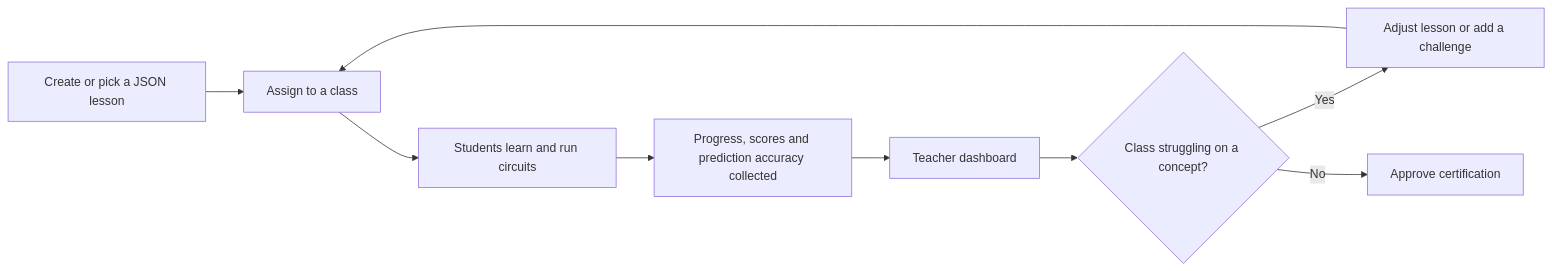
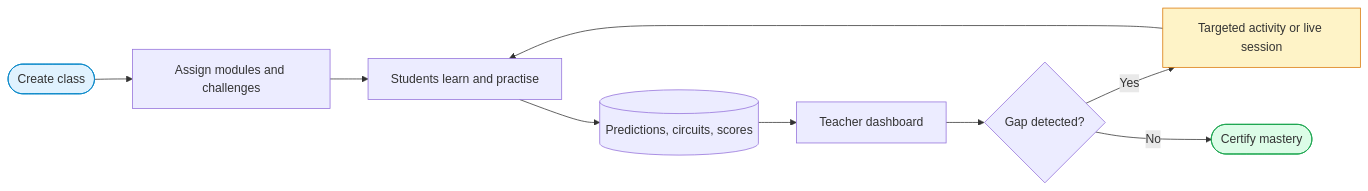
The second of 18 diagrams in README.md (aaruhyakumar2006/Qualution-), drawn with Mermaid before and after one commit. The commit also changed other lines of this file, not shown here.

````diff
--- a/README.md
+++ b/README.md
@@ -179,11 +146,15 @@
 ```mermaid
 flowchart LR
-    A["Create or pick a JSON lesson"] --> B["Assign to a class"]
-    B --> C["Students learn and run circuits"]
-    C --> D["Progress, scores and prediction accuracy collected"]
-    D --> E["Teacher dashboard"]
-    E --> F{"Class struggling on a concept?"}
-    F -- "Yes" --> G["Adjust lesson or add a challenge"]
-    G --> B
-    F -- "No" --> H["Approve certification"]
+    A([Create class]) --> B[Assign modules and challenges]
+    B --> C[Students learn and practise]
+    C --> D[(Predictions, circuits, scores)]
+    D --> E[Teacher dashboard]
+    E --> F{Gap detected?}
+    F -- Yes --> G[Targeted activity or live session]
+    G --> C
+    F -- No --> H([Certify mastery])
+
+    style A fill:#e0f2fe,stroke:#0284c7
+    style H fill:#dcfce7,stroke:#16a34a
+    style G fill:#fef3c7,stroke:#d97706
 ```
````
